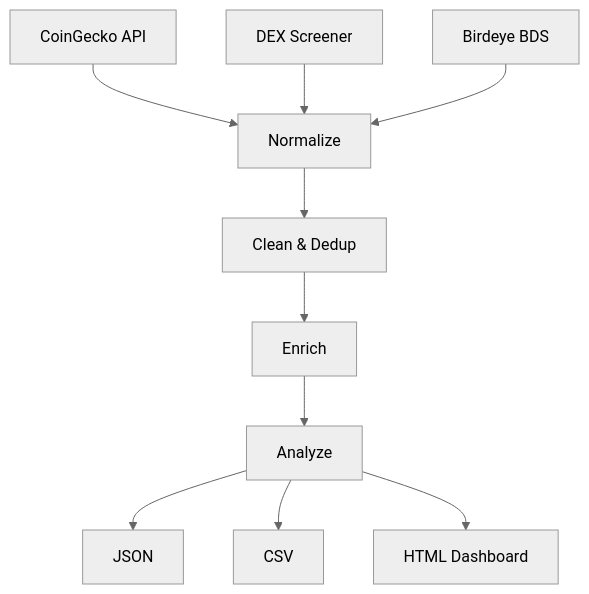
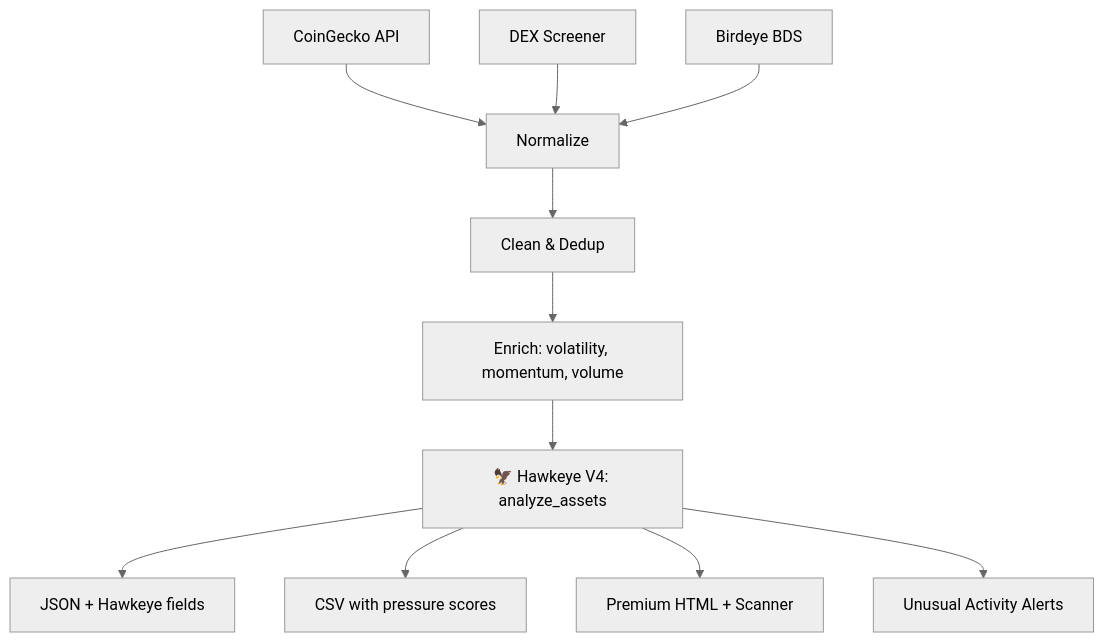
Before and after one commit to AtlasNexusOps/birdeye-sprint4: the diagram in README.md, drawn with Mermaid (neutral theme). The commit also changed other lines of this file and 17 other files, not shown here.

First line of the commit message:
🦅 Sprint 4 Enhanced — Hawkeye V4 Market Pressure Radar integrated

````diff
--- a/README.md
+++ b/README.md
@@ -20,12 +38,13 @@
 ```mermaid
 graph TD
     A[CoinGecko API] --> D[Normalize]
     B[DEX Screener] --> D
     C[Birdeye BDS] --> D
     D --> E[Clean & Dedup]
-    E --> F[Enrich]
-    F --> G[Analyze]
-    G --> H1[JSON]
-    G --> H2[CSV]
-    G --> H3[HTML Dashboard]
+    E --> F[Enrich: volatility, momentum, volume]
+    F --> G[🦅 Hawkeye V4: analyze_assets]
+    G --> H1[JSON + Hawkeye fields]
+    G --> H2[CSV with pressure scores]
+    G --> H3[Premium HTML + Scanner]
+    G --> H4[Unusual Activity Alerts]
 ```
````
